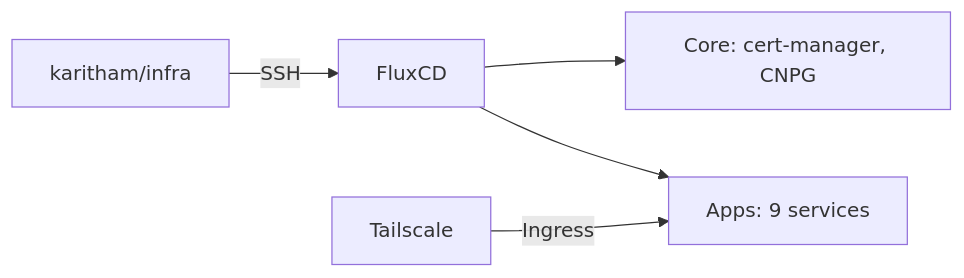
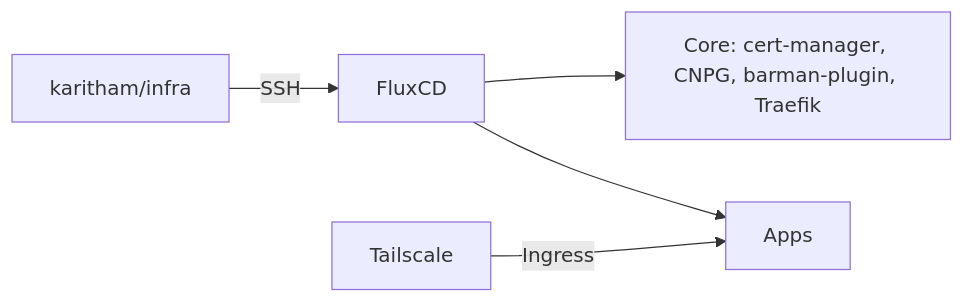
The diagram in README.md (karitham/infra), drawn with Mermaid before and after one commit. The commit also changed other lines of this file and 4 other files, not shown here.

````diff
--- a/README.md
+++ b/README.md
@@ -7,7 +7,7 @@
 ```mermaid
 graph LR
     GIT[karitham/infra] -->|SSH| FLUX[FluxCD]
-    FLUX --> CORE[Core: cert-manager, CNPG]
-    FLUX --> APPS[Apps: 9 services]
+    FLUX --> CORE[Core: cert-manager, CNPG, barman-plugin, Traefik]
+    FLUX --> APPS[Apps]
     TS[Tailscale] -->|Ingress| APPS
 ```
````
